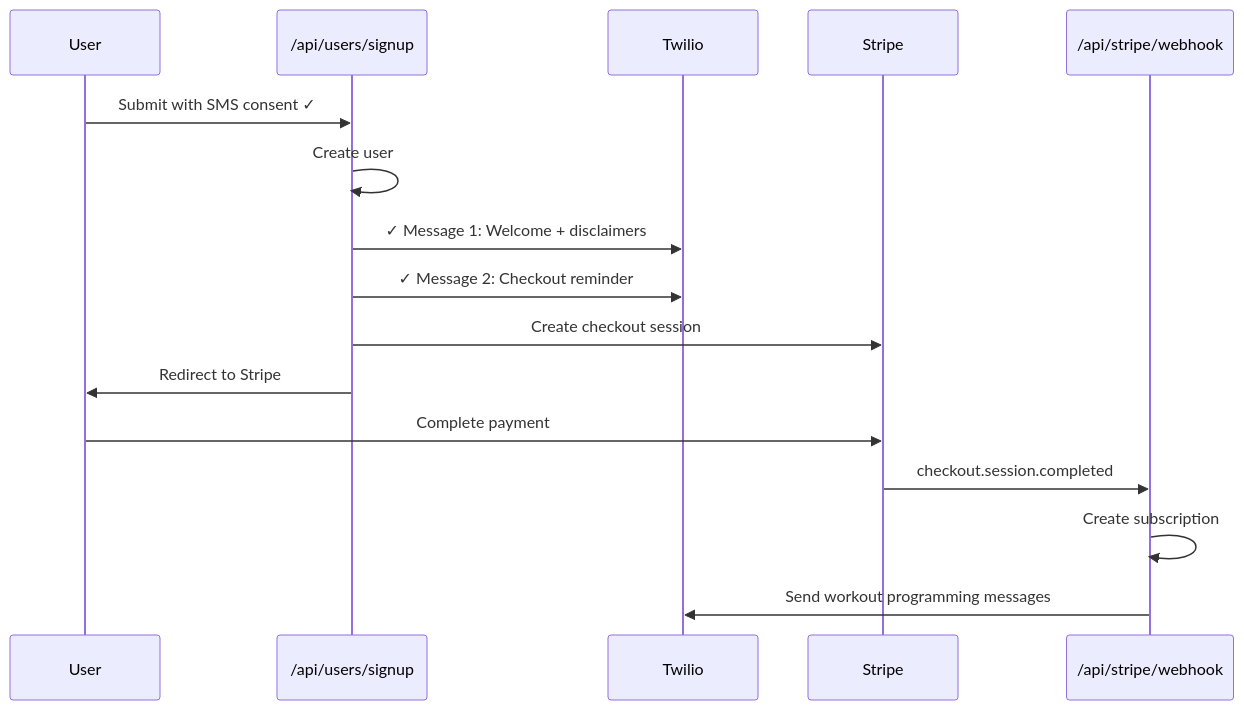
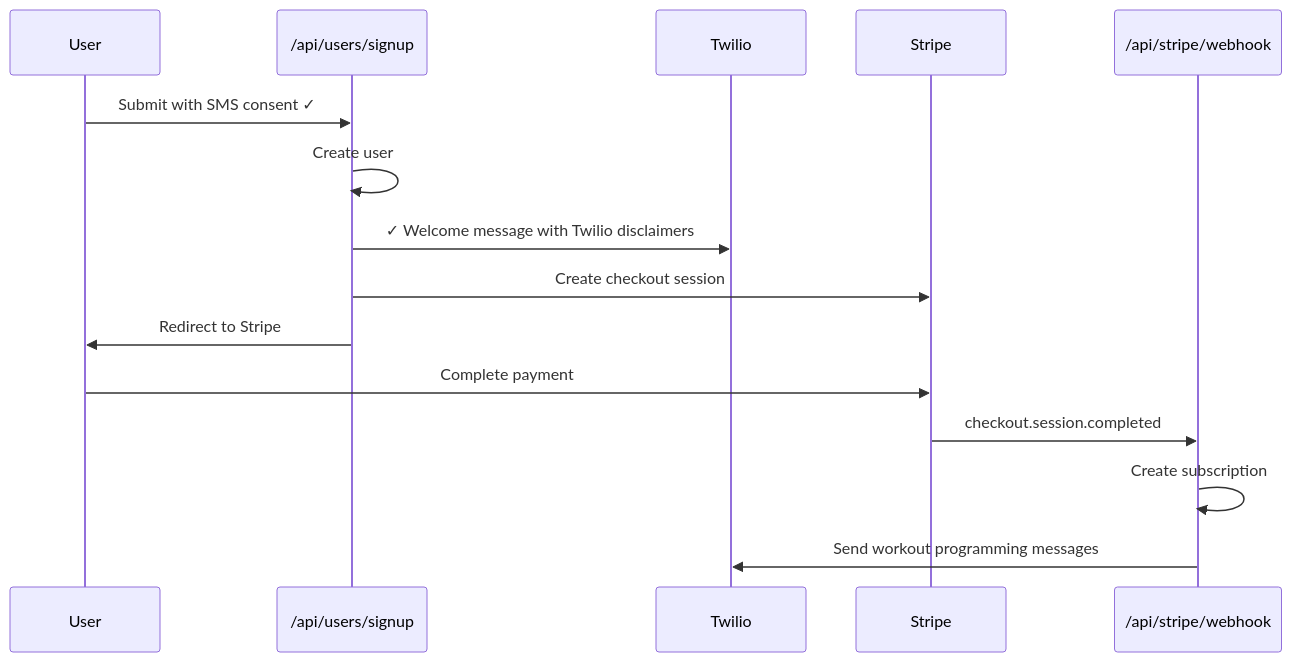
Before and after one commit to aparry3/gymtext: the second of 2 diagrams in RFC-TWILIO-COMPLIANCE.md, drawn with Mermaid. The commit also changed other lines of this file and 2 other files, not shown here.

First line of the commit message:
Remove second message from signup flow

````diff
--- a/RFC-TWILIO-COMPLIANCE.md
+++ b/RFC-TWILIO-COMPLIANCE.md
@@ -70,19 +70,18 @@
 ```mermaid
 sequenceDiagram
     participant User
     participant SignupAPI as /api/users/signup
     participant Twilio
     participant Stripe
     participant Webhook as /api/stripe/webhook
 
     User->>SignupAPI: Submit with SMS consent ✓
     SignupAPI->>SignupAPI: Create user
-    SignupAPI->>Twilio: ✓ Message 1: Welcome + disclaimers
-    SignupAPI->>Twilio: ✓ Message 2: Checkout reminder
+    SignupAPI->>Twilio: ✓ Welcome message with Twilio disclaimers
     SignupAPI->>Stripe: Create checkout session
     SignupAPI->>User: Redirect to Stripe
     User->>Stripe: Complete payment
     Stripe->>Webhook: checkout.session.completed
     Webhook->>Webhook: Create subscription
     Webhook->>Twilio: Send workout programming messages
 ```
````
